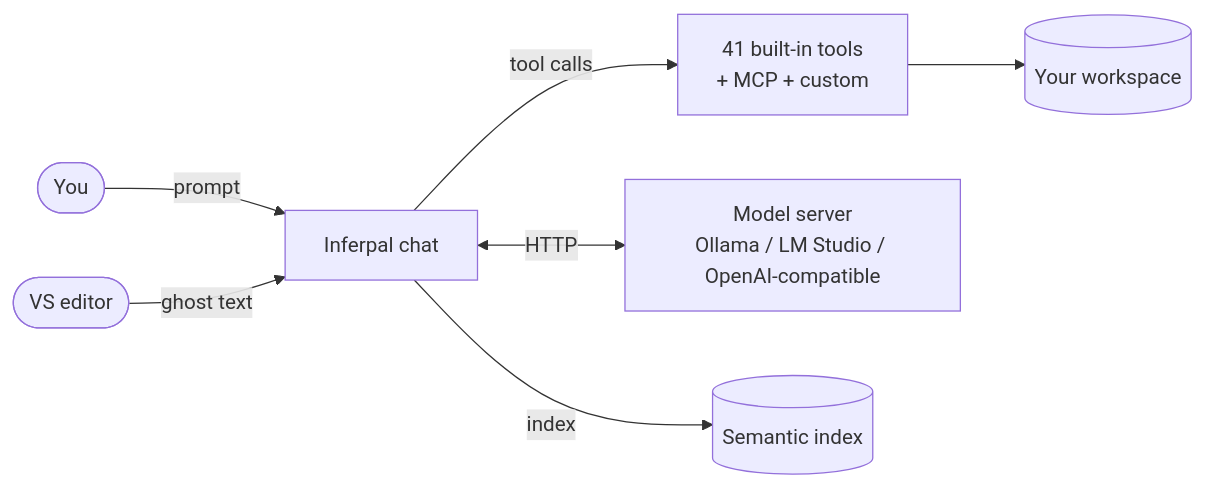
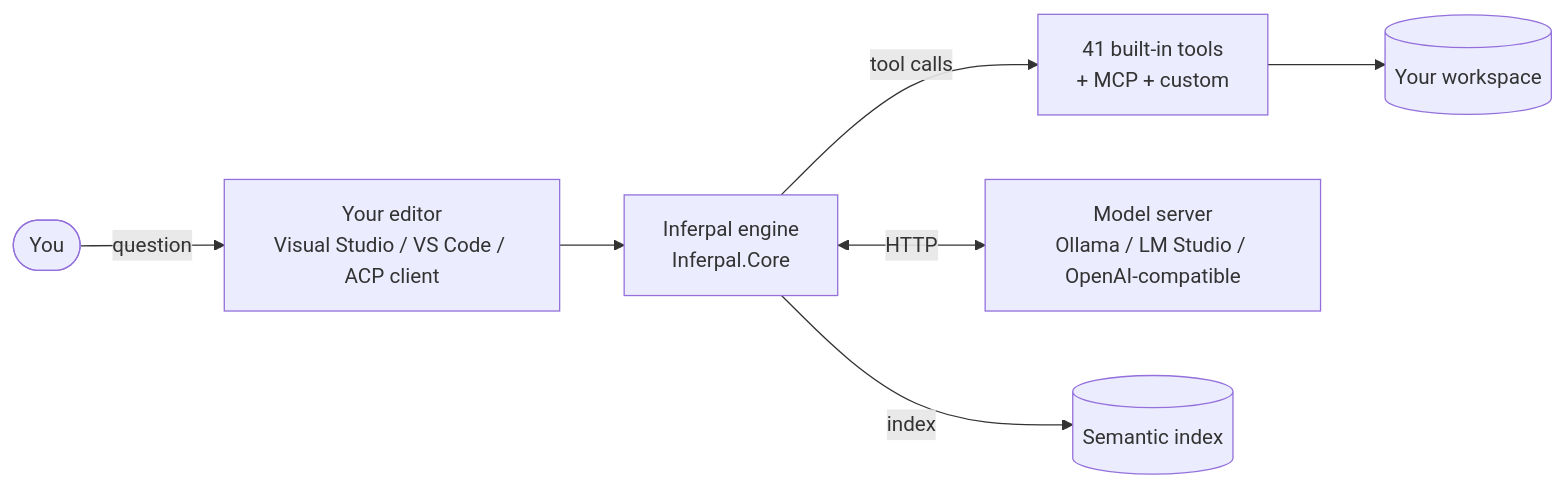
One commit to EstaxNet/Inferpal changed the diagram in docs/README.md. Above: the diagram before and after it, drawn with Mermaid. The commit also changed other lines of this file and 19 other files, not shown here.

````diff
--- a/docs/README.md
+++ b/docs/README.md
@@ -39,9 +40,9 @@
 ```mermaid
 flowchart LR
-    user([You]) -->|prompt| chat[Inferpal chat]
+    user([You]) -->|question| editor[Your editor<br/>Visual Studio / VS Code / ACP client]
+    editor --> chat[Inferpal engine<br/>Inferpal.Core]
     chat -->|tool calls| tools[41 built-in tools<br/>+ MCP + custom]
     chat <-->|HTTP| provider[Model server<br/>Ollama / LM Studio / OpenAI-compatible]
     tools --> ws[(Your workspace)]
-    editor([VS editor]) -->|ghost text| chat
     chat -->|index| rag[(Semantic index)]
 ```
````
